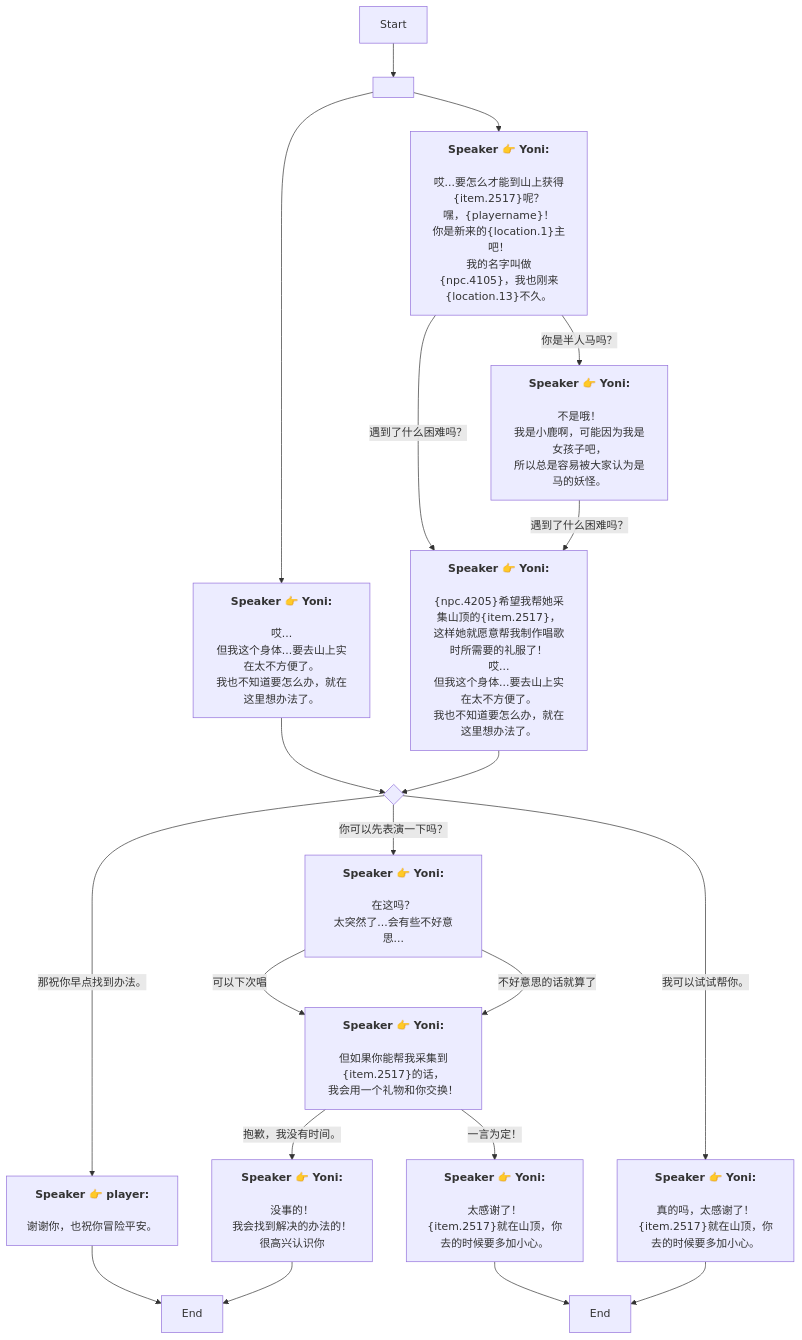
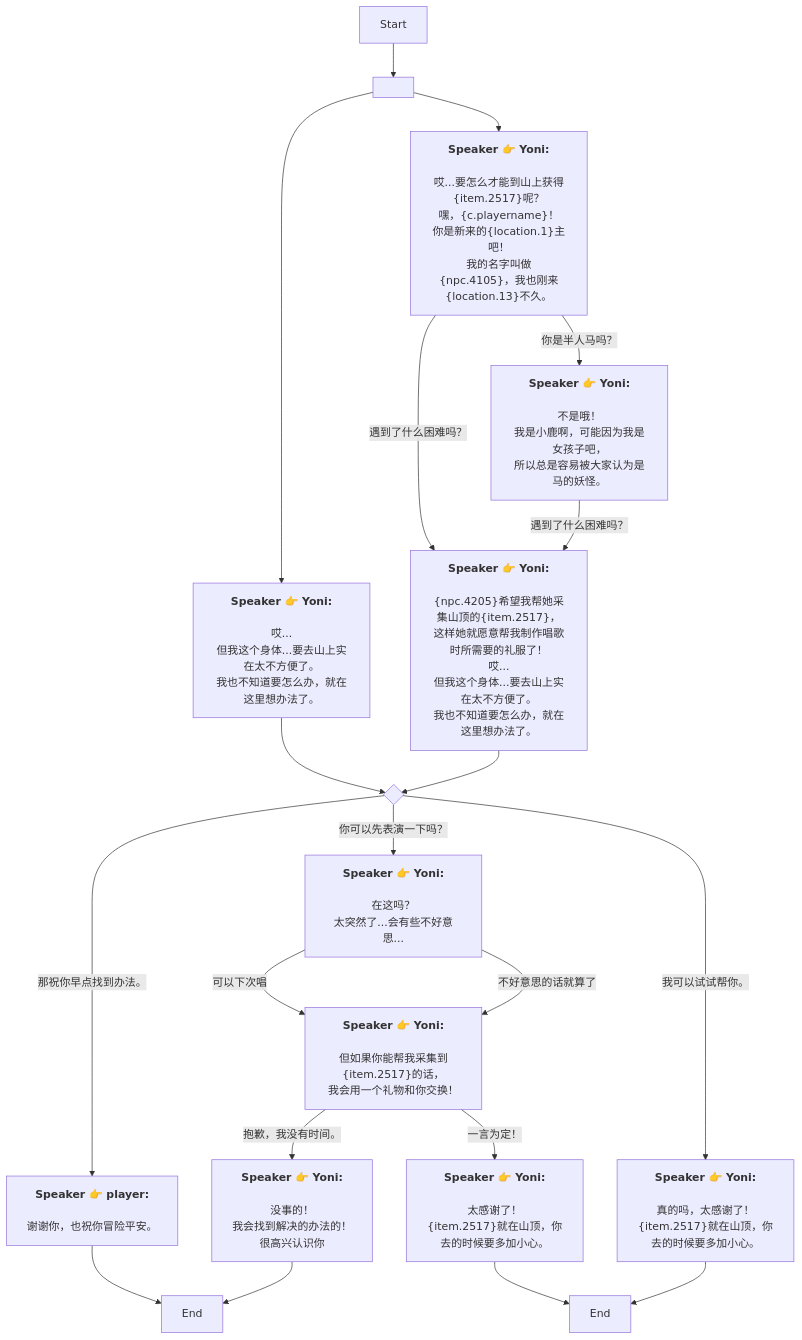
One commit to SoftHu/tos_avg changed the diagram in Zh/QuestTalkStarterNode_1738285557884075.md. Above: the diagram before and after it, drawn with Mermaid. The commit also changed 410 other files, not shown here.

````diff
--- a/Zh/QuestTalkStarterNode_1738285557884075.md
+++ b/Zh/QuestTalkStarterNode_1738285557884075.md
@@ -1,54 +1,54 @@
 ```mermaid
 graph
 Start -->1738287834941662[ ]
 1738287834941662 -->1738287908723935[<b>Speaker 👉 Yoni:</b>
 \n哎...
 但我这个身体...要去山上实在太不方便了。
 我也不知道要怎么办，就在这里想办法了。]
 1738287834941662 -->1738285999573172[<b>Speaker 👉 Yoni:</b>
-\n哎...要怎么才能到山上获得&lbrace;item.2517&rbrace;呢？\n嘿，&lbrace;playername&rbrace;！
+\n哎...要怎么才能到山上获得&lbrace;item.2517&rbrace;呢？\n嘿，&lbrace;c.playername&rbrace;！
 你是新来的&lbrace;location.1&rbrace;主吧！
 我的名字叫做&lbrace;npc.4105&rbrace;，我也刚来&lbrace;location.13&rbrace;不久。]
 1738287908723935 -->434571977180983{ }
 1738287216834759 -->1738288124658912[End]
-434571977180983 -->|那祝你早点找到办法。 |1738287216834759[<b>Speaker 👉 player:</b>
+434571977180983 -->|那祝你早点找到办法。|1738287216834759[<b>Speaker 👉 player:</b>
 \n谢谢你，也祝你冒险平安。]
-434571977180983 -->|你可以先表演一下吗？ |1738287283890381[<b>Speaker 👉 Yoni:</b>
+434571977180983 -->|你可以先表演一下吗？|1738287283890381[<b>Speaker 👉 Yoni:</b>
 \n在这吗？
 太突然了...会有些不好意思...]
-434571977180983 -->|我可以试试帮你。 |1738287397582039[<b>Speaker 👉 Yoni:</b>
+434571977180983 -->|我可以试试帮你。|1738287397582039[<b>Speaker 👉 Yoni:</b>
 \n真的吗，太感谢了！
 &lbrace;item.2517&rbrace;就在山顶，你去的时候要多加小心。]
 1738287283890381 -->|可以下次唱|1738287339132115[<b>Speaker 👉 Yoni:</b>
 \n但如果你能帮我采集到&lbrace;item.2517&rbrace;的话，
 我会用一个礼物和你交换！]
 1738287283890381 -->|不好意思的话就算了|1738287339132115[<b>Speaker 👉 Yoni:</b>
 \n但如果你能帮我采集到&lbrace;item.2517&rbrace;的话，
 我会用一个礼物和你交换！]
 1738287339132115 -->|一言为定！|1738287491991770[<b>Speaker 👉 Yoni:</b>
 \n太感谢了！
 &lbrace;item.2517&rbrace;就在山顶，你去的时候要多加小心。]
 1738287339132115 -->|抱歉，我没有时间。|1738287685928156[<b>Speaker 👉 Yoni:</b>
 \n没事的！
 我会找到解决的办法的！
 很高兴认识你]
 1738287491991770 -->1738287669031131[End]
 1738287685928156 -->1738288124658912[End]
 1738287397582039 -->1738287669031131[End]
 1738285999573172 -->|你是半人马吗？|1738286345339066[<b>Speaker 👉 Yoni:</b>
 \n不是哦！
 我是小鹿啊，可能因为我是女孩子吧，
 所以总是容易被大家认为是马的妖怪。]
 1738285999573172 -->|遇到了什么困难吗？|1738286492721339[<b>Speaker 👉 Yoni:</b>
 \n&lbrace;npc.4205&rbrace;希望我帮她采集山顶的&lbrace;item.2517&rbrace;，
 这样她就愿意帮我制作唱歌时所需要的礼服了！\n哎...
 但我这个身体...要去山上实在太不方便了。
 我也不知道要怎么办，就在这里想办法了。]
 1738286345339066 -->|遇到了什么困难吗？|1738286492721339[<b>Speaker 👉 Yoni:</b>
 \n&lbrace;npc.4205&rbrace;希望我帮她采集山顶的&lbrace;item.2517&rbrace;，
 这样她就愿意帮我制作唱歌时所需要的礼服了！\n哎...
 但我这个身体...要去山上实在太不方便了。
 我也不知道要怎么办，就在这里想办法了。]
 1738286492721339 -->434571977180983{ }
 
 ```
````
